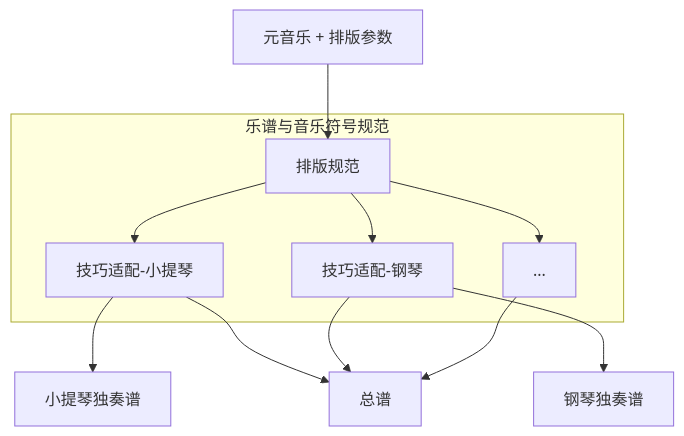
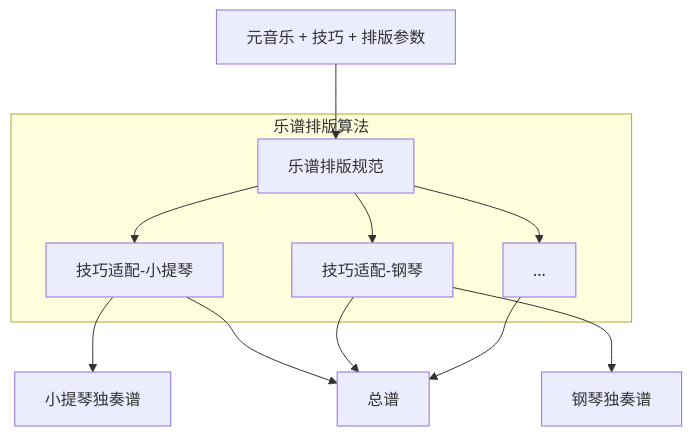
One commit to PabulumExpress/music-notation-specification changed the second of 2 diagrams in README.md. Above: the diagram before and after it, drawn with Mermaid. The commit also changed other lines of this file and 14 other files, not shown here.

````diff
--- a/README.md
+++ b/README.md
@@ -48,14 +36,14 @@
 ```mermaid
 graph TD;
-  A[元音乐 + 排版参数]-->B[排版规范]
-  subgraph 乐谱与音乐符号规范
+  A[元音乐 + 技巧 + 排版参数]-->B[乐谱排版规范]
+  subgraph 乐谱排版算法
   B-->C[技巧适配-小提琴]
   B-->D[技巧适配-钢琴]
   B-->H[...]
   end
   C-->G[小提琴独奏谱]
   D-->I[钢琴独奏谱]
   C-->E[总谱]
   D-->E
   H-->E
 ```
````
